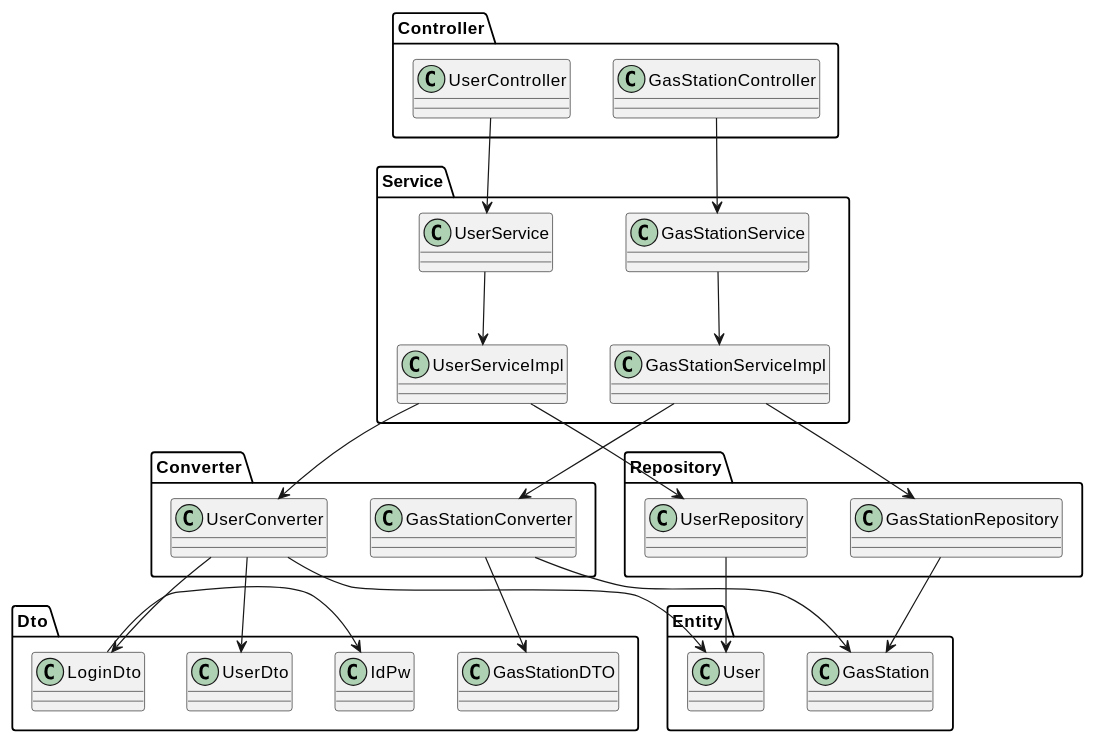
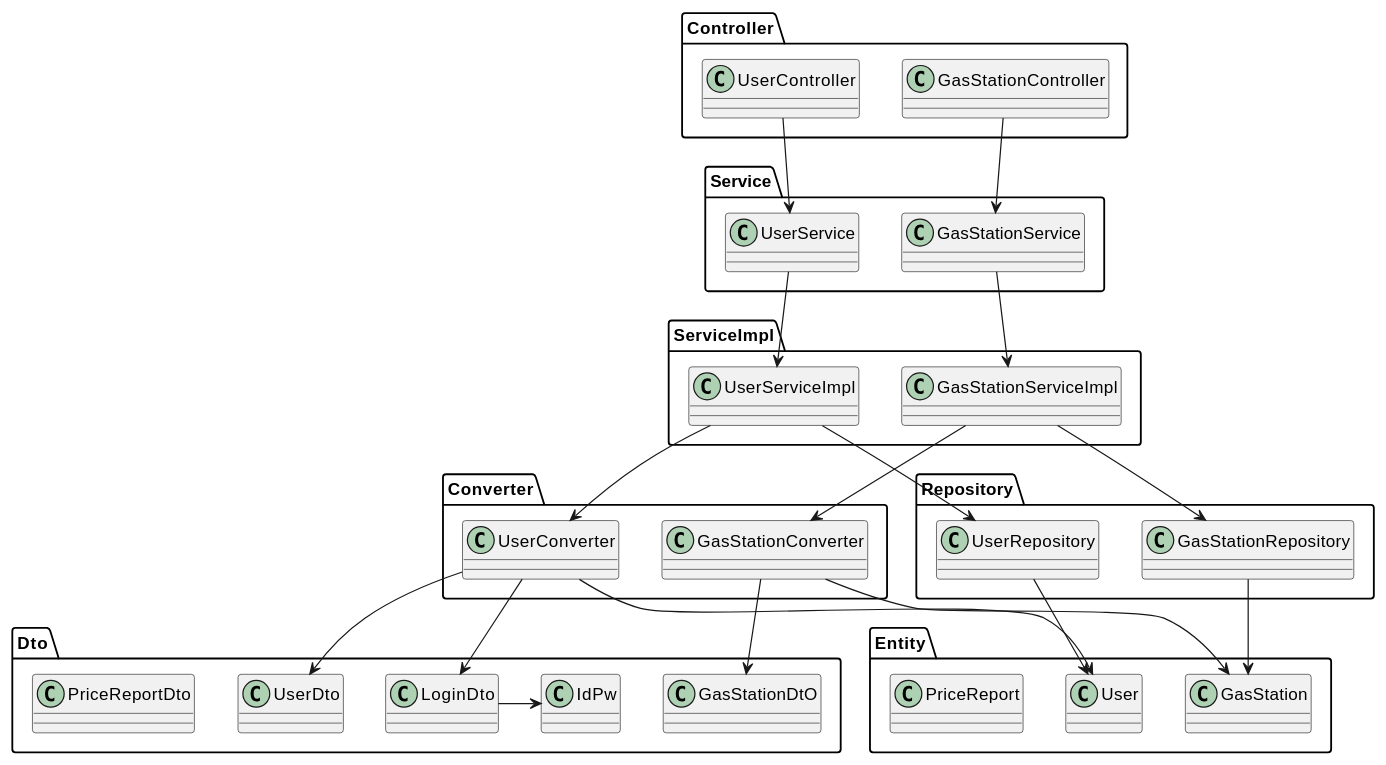
One commit to LucaOddoneSE/EZGas changed the diagram in docs/IntegrationApiTestReport.md. Above: the diagram before and after it, drawn with PlantUML. The commit also changed other lines of this file, not shown here.

Commit message:
fix:fixing dependency graph

````diff
--- a/docs/IntegrationApiTestReport.md
+++ b/docs/IntegrationApiTestReport.md
@@ -26,60 +26,63 @@
 ```plantuml
 @startuml
 package Controller {
 class GasStationController {}
 class UserController {}
 }
 
 package Service {
-class GasStationServiceImpl {}
-class UserServiceImpl {}
 class GasStationService {}
 class UserService {}
 }
 
+package ServiceImpl {
+class GasStationServiceImpl {}
+class UserServiceImpl {}
+}
 
 package Converter {
 class UserConverter {}
 class GasStationConverter {}
 }
 
 
 package Repository {
 class UserRepository {}
 class GasStationRepository {}
 }
 
 package Dto{
 class LoginDto {}
 class IdPw {}
 class UserDto {}
-class GasStationDTO {}
-
+class GasStationDtO {}
+class PriceReportDto {}
 }
 
 package Entity {
 class User {}
 class GasStation {}
+class PriceReport {}
 }
 
 
 
 GasStationController --> GasStationService
 UserController --> UserService 
 UserService --> UserServiceImpl
 GasStationService --> GasStationServiceImpl
 GasStationServiceImpl --> GasStationConverter
 GasStationServiceImpl --> GasStationRepository
 UserServiceImpl --> UserRepository
 UserServiceImpl --> UserConverter
-GasStationConverter --> GasStationDTO
+GasStationConverter --> GasStationDtO
 GasStationConverter --> GasStation
 UserConverter --> UserDto
 UserConverter --> LoginDto
 UserConverter --> User
 LoginDto -right-> IdPw 
 GasStationRepository --> GasStation
 UserRepository --> User
 @enduml
 
 ```
````
